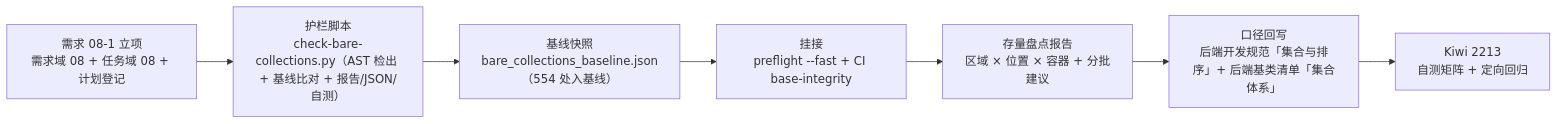
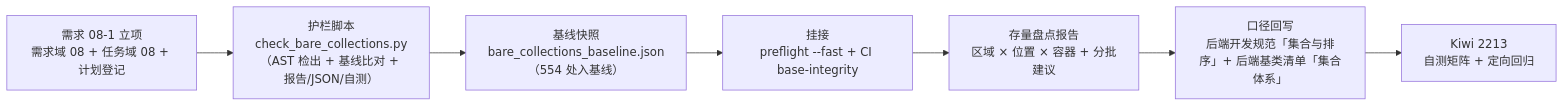
Before and after one commit to minjian123/basic-management-system: the diagram in bms文档/项目/06_认证与安全/任务/08_裸无序集合治理/08_裸无序集合治理_01_护栏与基线盘点/实施/01_实施_01_护栏与基线盘点.md, drawn with Mermaid. The commit also changed other lines of this file and 919 other files, not shown here.

````diff
--- a/bms文档/项目/06_认证与安全/任务/08_裸无序集合治理/08_裸无序集合治理_01_护栏与基线盘点/实施/01_实施_01_护栏与基线盘点.md
+++ b/bms文档/项目/06_认证与安全/任务/08_裸无序集合治理/08_裸无序集合治理_01_护栏与基线盘点/实施/01_实施_01_护栏与基线盘点.md
@@ -22,9 +22,9 @@
 ```mermaid
 flowchart LR
-    A["需求 08-1 立项<br/>需求域 08 + 任务域 08 + 计划登记"] --> B["护栏脚本<br/>check-bare-collections.py（AST 检出 + 基线比对 + 报告/JSON/自测）"]
+    A["需求 08-1 立项<br/>需求域 08 + 任务域 08 + 计划登记"] --> B["护栏脚本<br/>check_bare_collections.py（AST 检出 + 基线比对 + 报告/JSON/自测）"]
     B --> C["基线快照<br/>bare_collections_baseline.json（554 处入基线）"]
     C --> D["挂接<br/>preflight --fast + CI base-integrity"]
     D --> E["存量盘点报告<br/>区域 × 位置 × 容器 + 分批建议"]
     E --> F["口径回写<br/>后端开发规范「集合与排序」+ 后端基类清单「集合体系」"]
     F --> G["Kiwi 2213<br/>自测矩阵 + 定向回归"]
 ```
````
